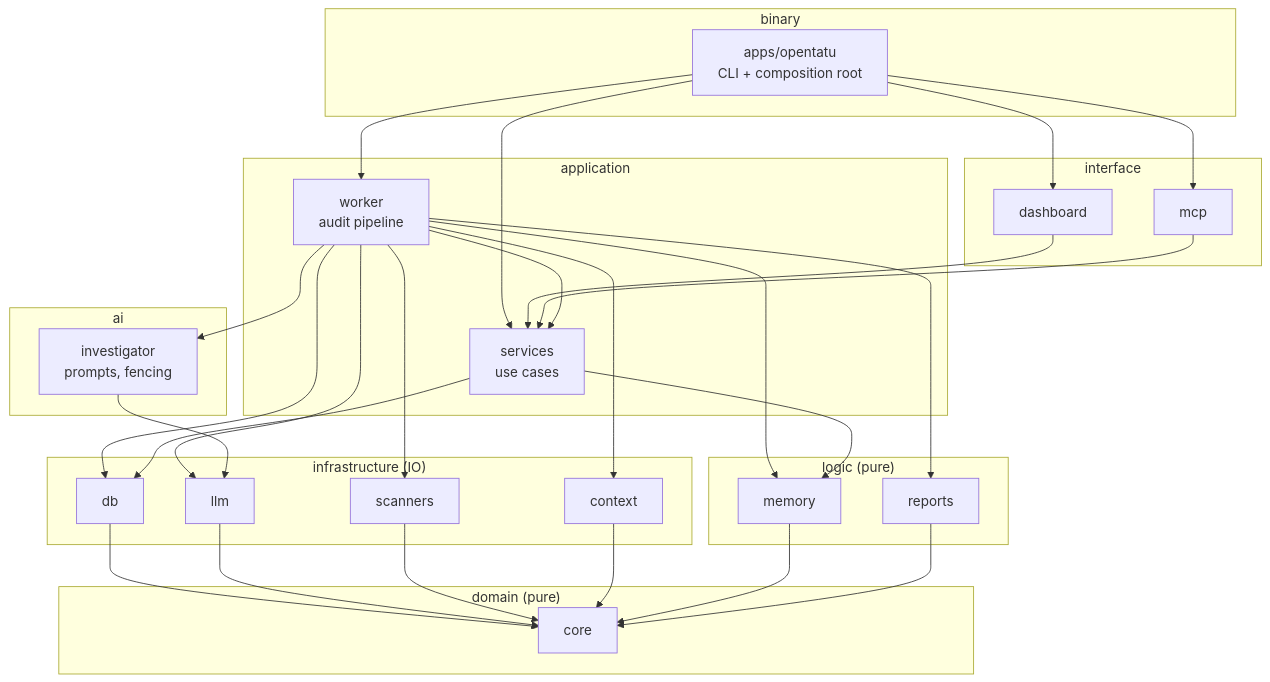
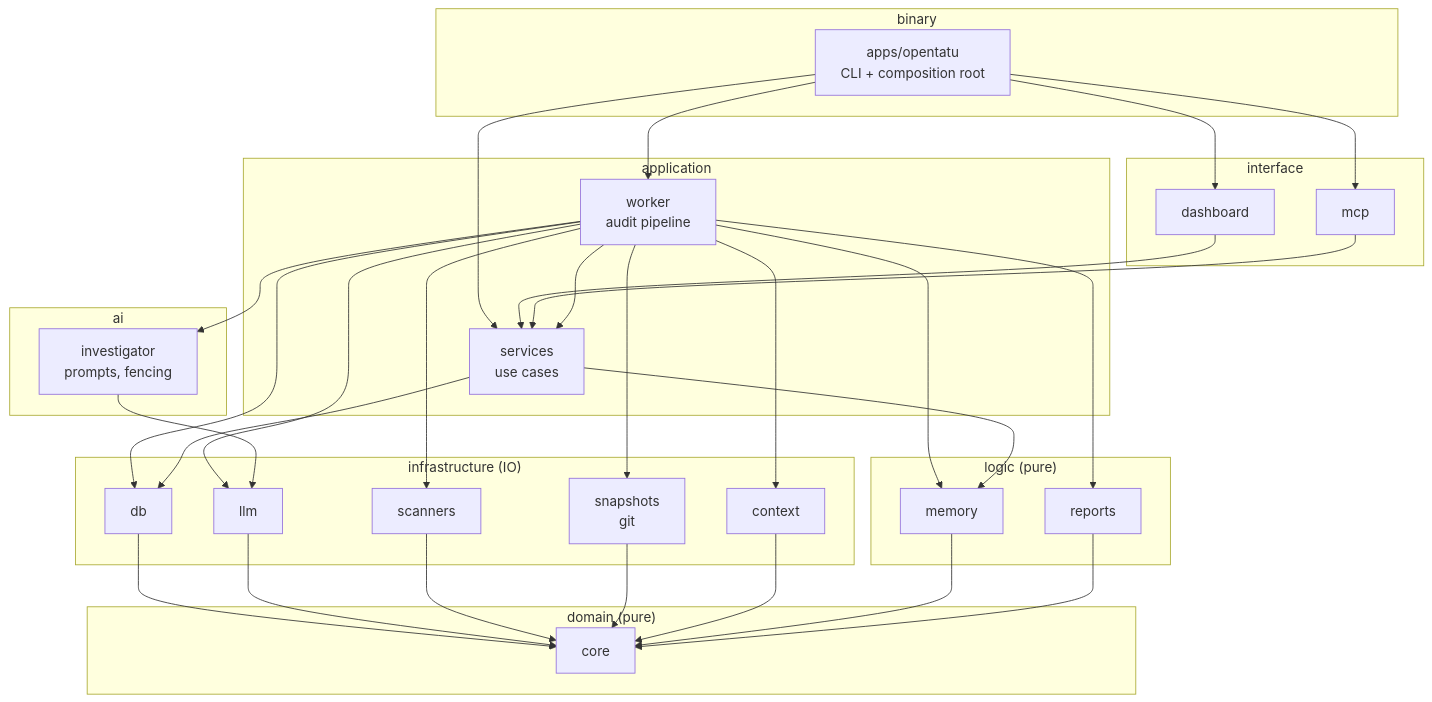
The first of 3 diagrams in docs/ARCHITECTURE.md (AlexandreZanata/OpenTatu), drawn with Mermaid before and after one commit. The commit also changed other lines of this file and 83 other files, not shown here.

First line of the commit message:
feat: phase 1 — apps, audits of exact commits, memory and timeline; model per role

````diff
--- a/docs/ARCHITECTURE.md
+++ b/docs/ARCHITECTURE.md
@@ -27,37 +27,38 @@
 ```mermaid
 flowchart TB
   subgraph binary["binary"]
     APP["apps/opentatu<br/>CLI + composition root"]
   end
   subgraph interface["interface"]
     DASH["dashboard"]
     MCP["mcp"]
   end
   subgraph application["application"]
     SVC["services<br/>use cases"]
     WRK["worker<br/>audit pipeline"]
   end
   subgraph ai["ai"]
     INV["investigator<br/>prompts, fencing"]
   end
   subgraph infrastructure["infrastructure (IO)"]
     DB["db"]
     LLM["llm"]
     SCN["scanners"]
+    SNP["snapshots<br/>git"]
     CTX["context"]
   end
   subgraph logic["logic (pure)"]
     MEM["memory"]
     REP["reports"]
   end
   subgraph domain["domain (pure)"]
     CORE["core"]
   end
   APP --> DASH & MCP & WRK & SVC
   DASH --> SVC
   MCP --> SVC
-  WRK --> SVC & INV & SCN & CTX & REP & MEM & DB & LLM
+  WRK --> SVC & INV & SCN & SNP & CTX & REP & MEM & DB & LLM
   SVC --> DB & MEM
   INV --> LLM
-  DB & LLM & SCN & CTX & MEM & REP --> CORE
+  DB & LLM & SCN & SNP & CTX & MEM & REP --> CORE
 ```
````
